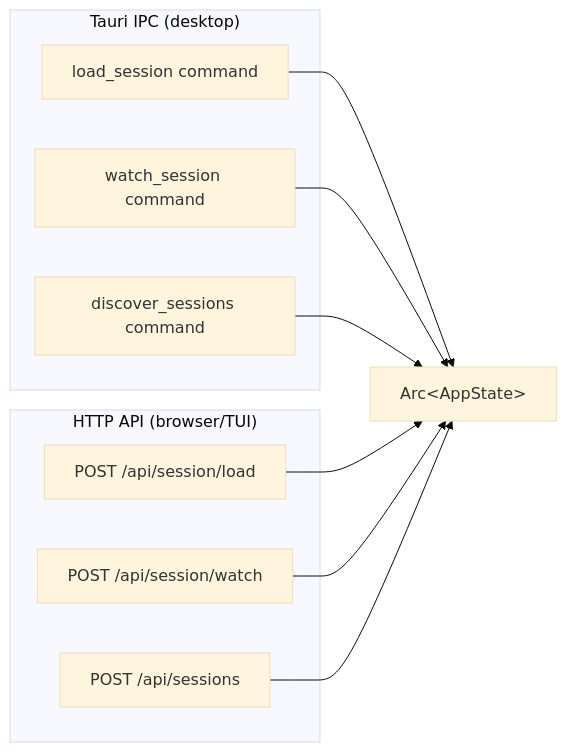
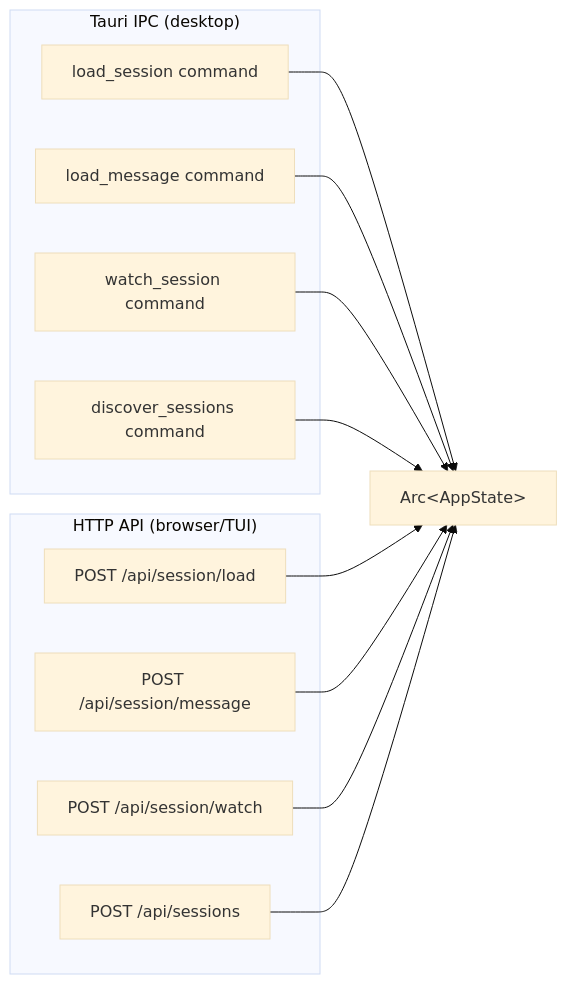
One commit to delexw/claude-code-trace changed the third of 3 diagrams in specs/04-http-api.md. Above: the diagram before and after it, drawn with Mermaid (base theme). The commit also changed other lines of this file and 35 other files, not shown here.

First line of the commit message:
perf: virtualize message list and fix session-view memory growth (#182)

````diff
--- a/specs/04-http-api.md
+++ b/specs/04-http-api.md
@@ -277,23 +318,27 @@
 ```mermaid
 flowchart LR
     subgraph IPC["Tauri IPC (desktop)"]
         T_SESS["load_session command"]
+        T_MSG["load_message command"]
         T_WATCH["watch_session command"]
         T_PICK["discover_sessions command"]
     end
 
     subgraph HTTP["HTTP API (browser/TUI)"]
         H_SESS["POST /api/session/load"]
+        H_MSG["POST /api/session/message"]
         H_WATCH["POST /api/session/watch"]
         H_PICK["POST /api/sessions"]
     end
 
     STATE["Arc&lt;AppState&gt;"]
 
     T_SESS --> STATE
+    T_MSG --> STATE
     T_WATCH --> STATE
     T_PICK --> STATE
     H_SESS --> STATE
+    H_MSG --> STATE
     H_WATCH --> STATE
     H_PICK --> STATE
 ```
````
